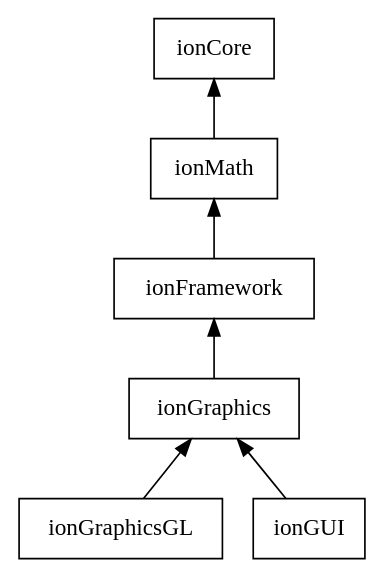
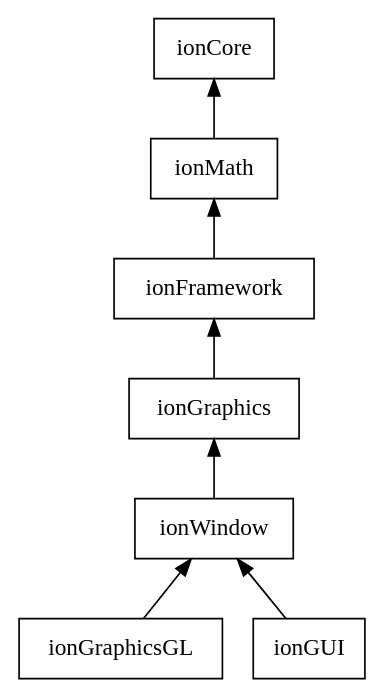
Before and after one commit to iondune/ionEngine: the diagram in Documentation/Dot/ModuleDependencies.dot, drawn with Graphviz. The commit also changed 55 other files, not shown here.

Commit message:
GraphicsAPI now singleton, ionWindow depends on ionGraphics, and more libraries in ion:: namespace

```diff
--- a/Documentation/Dot/ModuleDependencies.dot
+++ b/Documentation/Dot/ModuleDependencies.dot
@@ -1,10 +1,11 @@
 digraph graphname {
     node [shape=box];
     ionCore [URL="moduleCore.html"];
 
     ionCore -> ionMath            [dir="back"];
     ionMath -> ionFramework       [dir="back"];
     ionFramework -> ionGraphics   [dir="back"];
-    ionGraphics -> ionGraphicsGL  [dir="back"];
-    ionGraphics -> ionGUI         [dir="back"];
+    ionGraphics -> ionWindow      [dir="back"];
+    ionWindow -> ionGraphicsGL    [dir="back"];
+    ionWindow -> ionGUI           [dir="back"];
 }
```
